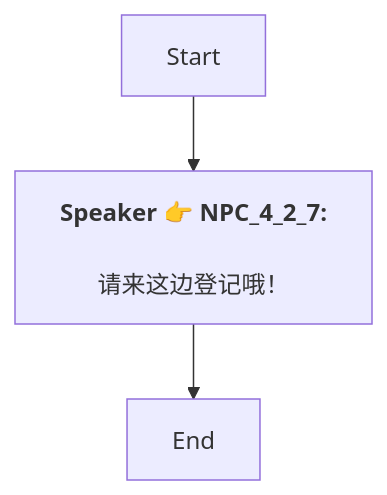
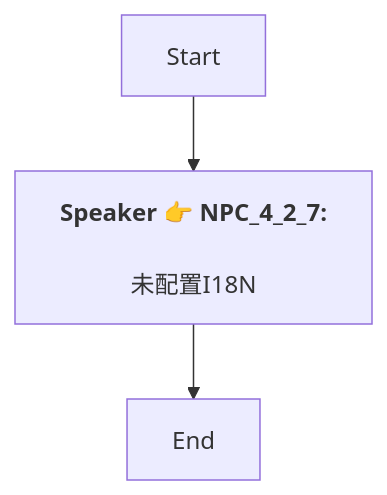
One commit to SoftHu/tos_avg changed the diagram in Zh/QuestApproachDialogNode_1738447731840107.md. Above: the diagram before and after it, drawn with Mermaid. The commit also changed 780 other files, not shown here.

````diff
--- a/Zh/QuestApproachDialogNode_1738447731840107.md
+++ b/Zh/QuestApproachDialogNode_1738447731840107.md
@@ -1,7 +1,7 @@
 ```mermaid
 graph
 Start -->1738447777819758[<b>Speaker 👉 NPC_4_2_7:</b>
-\n请来这边登记哦！]
+\n未配置I18N]
 1738447777819758 -->1738447779838063[End]
 
 ```
````
